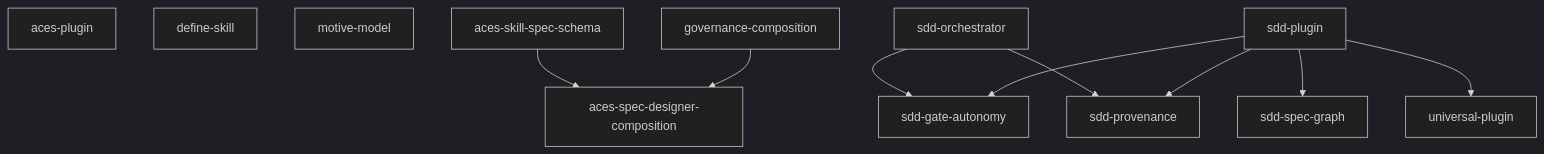
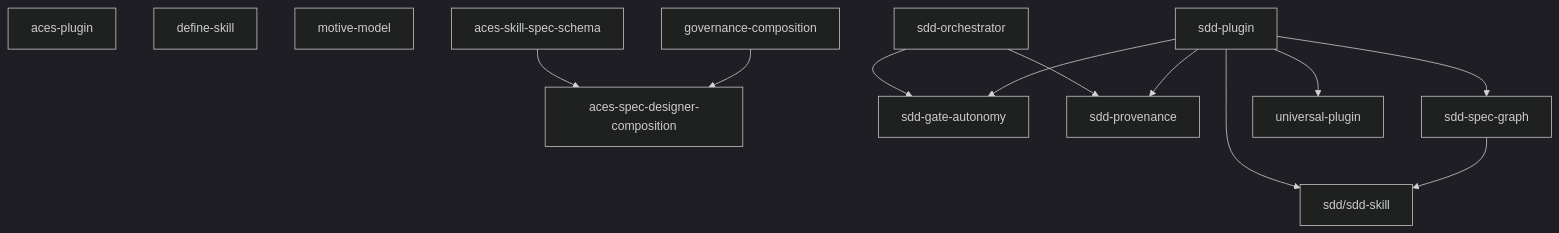
One commit to cyberuni/cyberplace changed the diagram in artifacts/specs/graph.md. Above: the diagram before and after it, drawn with Mermaid (dark theme). The commit also changed other lines of this file and 9 other files, not shown here.

Commit message:
feat(sdd): support nested spec graph nodes

````diff
--- a/artifacts/specs/graph.md
+++ b/artifacts/specs/graph.md
@@ -7,14 +7,16 @@
 ```mermaid
 graph TD
   aces-plugin
   define-skill
   motive-model
   aces-skill-spec-schema --> aces-spec-designer-composition
   governance-composition --> aces-spec-designer-composition
   sdd-orchestrator --> sdd-gate-autonomy
   sdd-orchestrator --> sdd-provenance
   sdd-plugin --> sdd-gate-autonomy
   sdd-plugin --> sdd-provenance
   sdd-plugin --> sdd-spec-graph
+  sdd-plugin --> sdd/sdd-skill
   sdd-plugin --> universal-plugin
+  sdd-spec-graph --> sdd/sdd-skill
 ```
````
